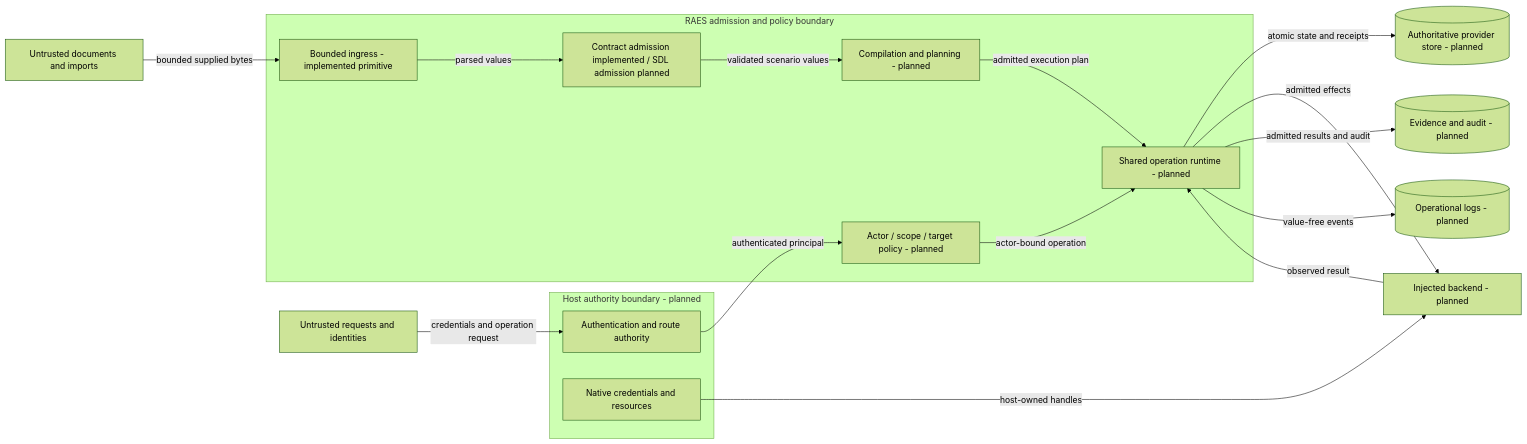
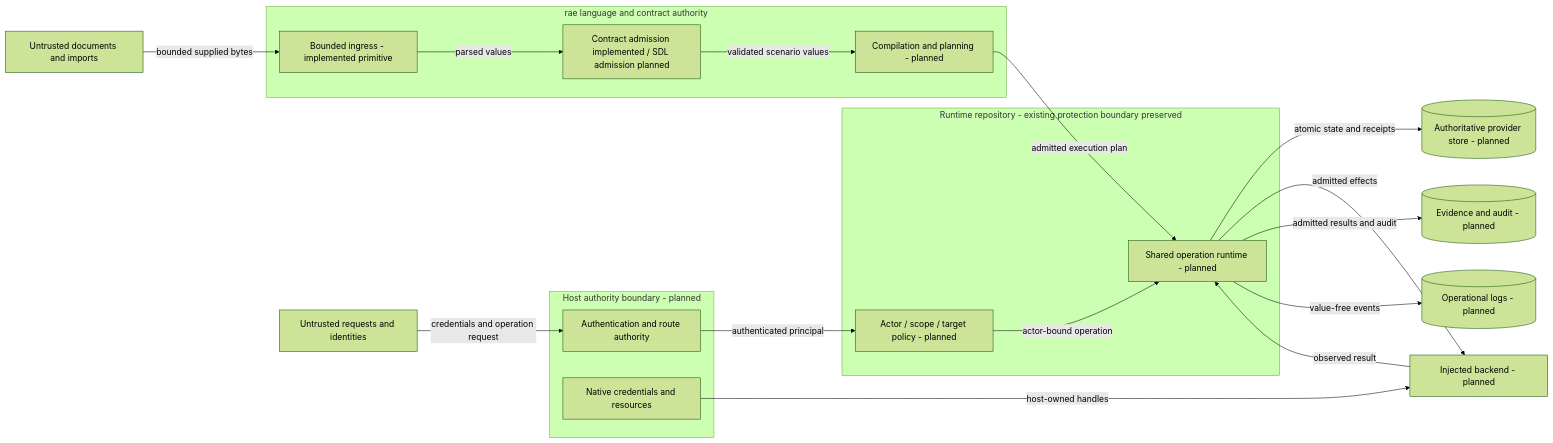
One commit to OpenRAE/rae changed the second of 3 diagrams in docs/develop/go-architecture.md. Above: the diagram before and after it, drawn with Mermaid (forest theme). The commit also changed other lines of this file and 11 other files, not shown here.

First line of the commit message:
docs: record runtime repository boundary and extraction inventory (#1908)

````diff
--- a/docs/develop/go-architecture.md
+++ b/docs/develop/go-architecture.md
@@ -72,29 +87,31 @@
 ```mermaid
 flowchart LR
     Documents[Untrusted documents and imports]
     Requests[Untrusted requests and identities]
     subgraph Host[Host authority boundary - planned]
         Auth[Authentication and route authority]
         Secrets[Native credentials and resources]
     end
-    subgraph Core[RAES admission and policy boundary]
+    subgraph Core[rae language and contract authority]
         Ingress[Bounded ingress - implemented primitive]
         Admission[Contract admission implemented / SDL admission planned]
+        Plan[Compilation and planning - planned]
+    end
+    subgraph RuntimeRepo[Runtime repository - existing protection boundary preserved]
         Policy[Actor / scope / target policy - planned]
-        Plan[Compilation and planning - planned]
         Runtime[Shared operation runtime - planned]
     end
     Documents -->|bounded supplied bytes| Ingress
     Ingress -->|parsed values| Admission
     Requests -->|credentials and operation request| Auth
     Auth -->|authenticated principal| Policy
     Admission -->|validated scenario values| Plan
     Plan -->|admitted execution plan| Runtime
     Policy -->|actor-bound operation| Runtime
     Runtime -->|atomic state and receipts| Store[(Authoritative provider store - planned)]
     Runtime -->|admitted effects| Backend[Injected backend - planned]
     Secrets -->|host-owned handles| Backend
     Backend -->|observed result| Runtime
     Runtime -->|admitted results and audit| Evidence[(Evidence and audit - planned)]
     Runtime -->|value-free events| Logs[(Operational logs - planned)]
 ```
````
